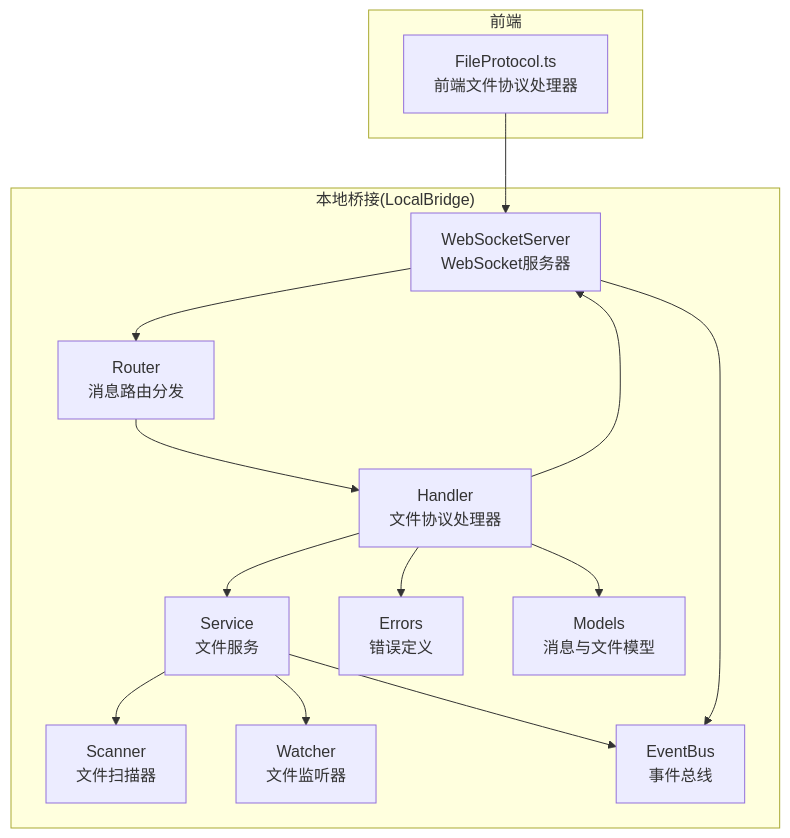
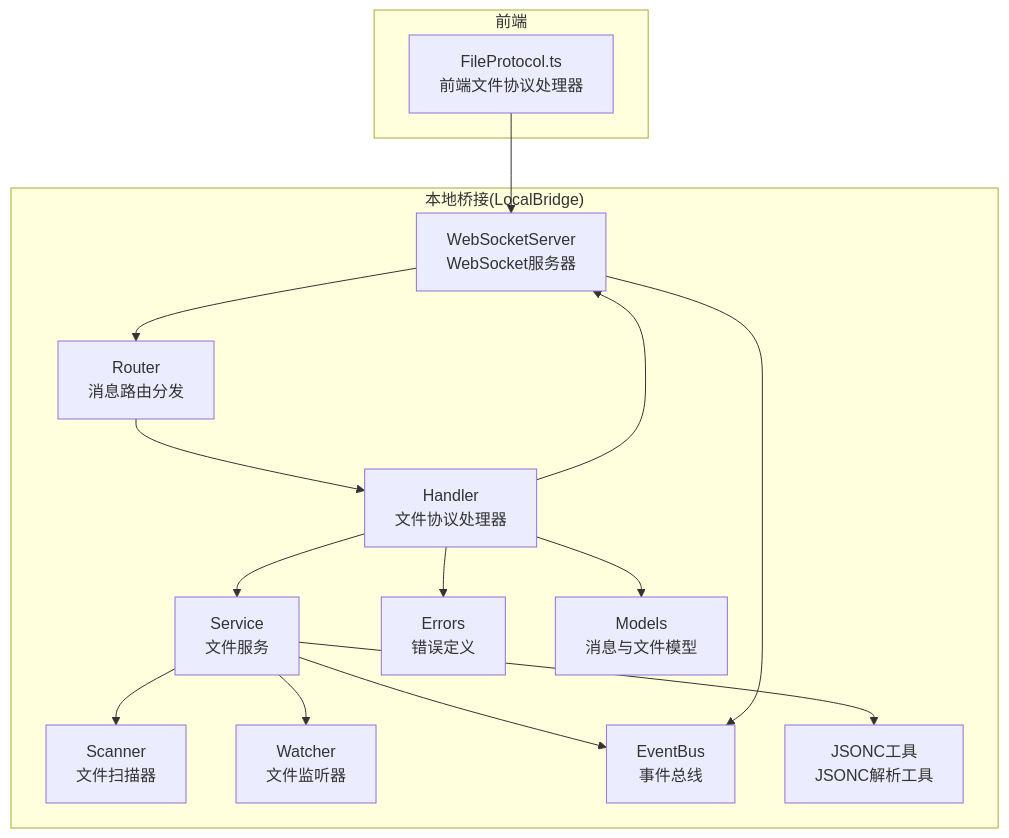
The first of 8 diagrams in .qoder/repowiki/zh/content/开发者指南/代码结构说明/后端架构设计/协议处理器系统/文件协议处理器.md (kqcoxn/MaaPipelineEditor), drawn with Mermaid before and after one commit. The commit also changed other lines of this file and 31 other files, not shown here.

````diff
--- a/.qoder/repowiki/zh/content/开发者指南/代码结构说明/后端架构设计/协议处理器系统/文件协议处理器.md
+++ b/.qoder/repowiki/zh/content/开发者指南/代码结构说明/后端架构设计/协议处理器系统/文件协议处理器.md
@@ -42,28 +52,30 @@
 ```mermaid
 graph TB
 subgraph "前端"
 FP["FileProtocol.ts<br/>前端文件协议处理器"]
 end
 subgraph "本地桥接(LocalBridge)"
 WS["WebSocketServer<br/>WebSocket服务器"]
 RT["Router<br/>消息路由分发"]
 FH["Handler<br/>文件协议处理器"]
 FS["Service<br/>文件服务"]
 SC["Scanner<br/>文件扫描器"]
 WT["Watcher<br/>文件监听器"]
 EB["EventBus<br/>事件总线"]
 ER["Errors<br/>错误定义"]
 MD["Models<br/>消息与文件模型"]
+JC["JSONC工具<br/>JSONC解析工具"]
 end
 FP --> WS
 WS --> RT
 RT --> FH
 FH --> FS
 FS --> SC
 FS --> WT
 FS --> EB
 FH --> WS
 FH --> ER
 FH --> MD
 WS --> EB
+FS --> JC
 ```
````
